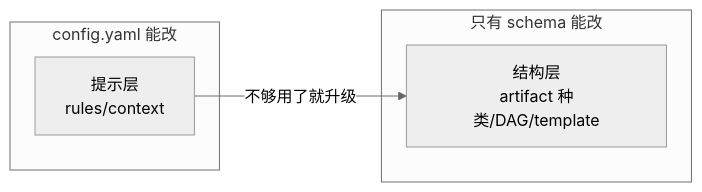
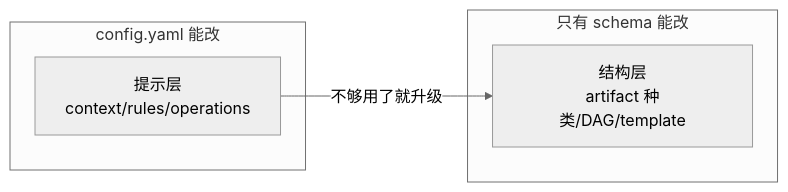
The first of 2 diagrams in _openspec_handbook/08-高级-自定义-schema-创建自己的工作流.md (ethan-jiang-3/OpenSpec), drawn with Mermaid (neutral theme) before and after one commit. The commit also changed other lines of this file and 85 other files, not shown here.

````diff
--- a/_openspec_handbook/08-高级-自定义-schema-创建自己的工作流.md
+++ b/_openspec_handbook/08-高级-自定义-schema-创建自己的工作流.md
@@ -19,10 +21,10 @@
 ```mermaid
 graph LR
     subgraph "config.yaml 能改"
-        A[提示层<br/>rules/context]
+        A[提示层<br/>context/rules/operations]
     end
     subgraph "只有 schema 能改"
         B[结构层<br/>artifact 种类/DAG/template]
     end
     A -->|"不够用了就升级"| B
 ```
````
